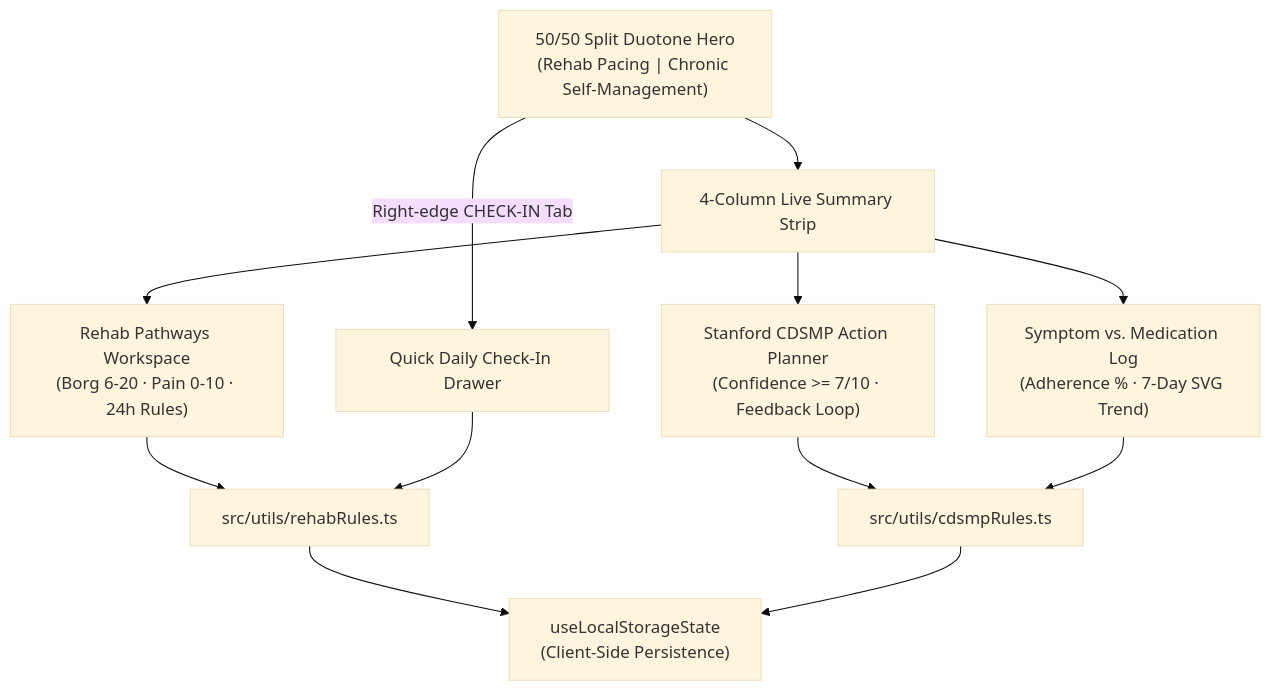
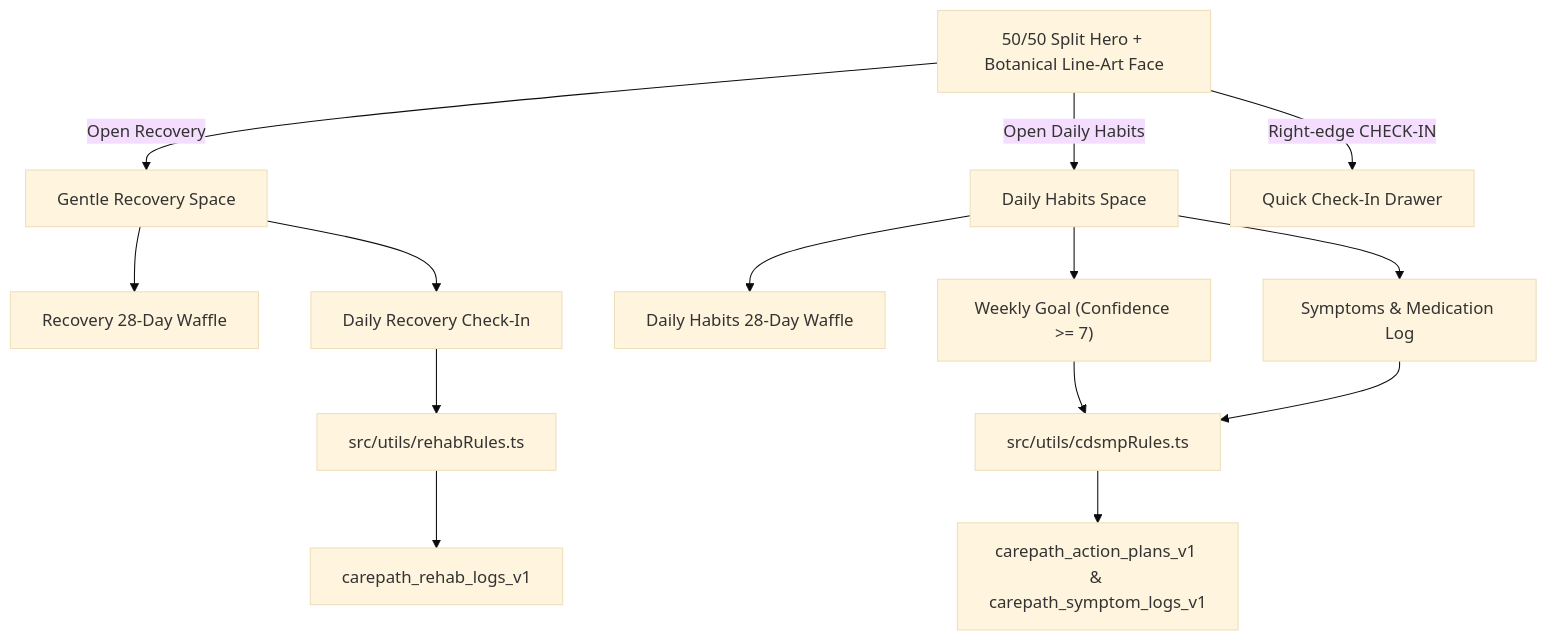
Before and after one commit to nirmalya-panigrahi/medical-carepath: the diagram in README.md, drawn with Mermaid (base theme). The commit also changed other lines of this file and 14 other files, not shown here.

First line of the commit message:
refactor: decouple recovery and daily habits flows

````diff
--- a/README.md
+++ b/README.md
@@ -21,16 +23,18 @@
 ```mermaid
 flowchart TD
-    Hero["50/50 Split Duotone Hero<br/>(Rehab Pacing | Chronic Self-Management)"] --> Strip["4-Column Live Summary Strip"]
-    Hero -->|Right-edge CHECK-IN Tab| Drawer["Quick Daily Check-In Drawer"]
-    Strip --> Rehab["Rehab Pathways Workspace<br/>(Borg 6-20 · Pain 0-10 · 24h Rules)"]
-    Strip --> CDSMP["Stanford CDSMP Action Planner<br/>(Confidence >= 7/10 · Feedback Loop)"]
-    Strip --> SymLog["Symptom vs. Medication Log<br/>(Adherence % · 7-Day SVG Trend)"]
+    Hero["50/50 Split Hero + Botanical Line-Art Face"] -->|Open Recovery| RecoverySpace["Gentle Recovery Space"]
+    Hero -->|Open Daily Habits| HabitsSpace["Daily Habits Space"]
+    Hero -->|Right-edge CHECK-IN| Drawer["Quick Check-In Drawer"]
 
-    Rehab --> RehabRules["src/utils/rehabRules.ts"]
-    CDSMP --> CdsmpRules["src/utils/cdsmpRules.ts"]
-    SymLog --> CdsmpRules
-    Drawer --> RehabRules
+    RecoverySpace --> RecWaffle["Recovery 28-Day Waffle"]
+    RecoverySpace --> RecForm["Daily Recovery Check-In"]
+    RecForm --> RehabRules["src/utils/rehabRules.ts"]
+    RehabRules --> RecStore["carepath_rehab_logs_v1"]
 
-    RehabRules --> Storage["useLocalStorageState<br/>(Client-Side Persistence)"]
-    CdsmpRules --> Storage
+    HabitsSpace --> HabWaffle["Daily Habits 28-Day Waffle"]
+    HabitsSpace --> GoalTab["Weekly Goal (Confidence >= 7)"]
+    HabitsSpace --> SymTab["Symptoms & Medication Log"]
+    GoalTab --> CdsmpRules["src/utils/cdsmpRules.ts"]
+    SymTab --> CdsmpRules
+    CdsmpRules --> HabStore["carepath_action_plans_v1 & carepath_symptom_logs_v1"]
 ```
````
